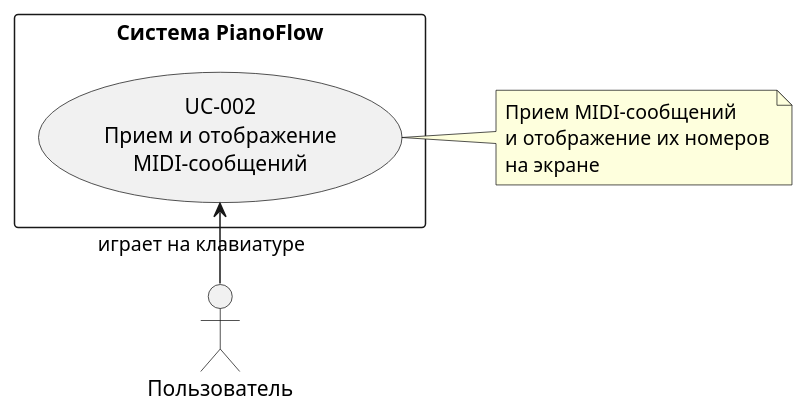
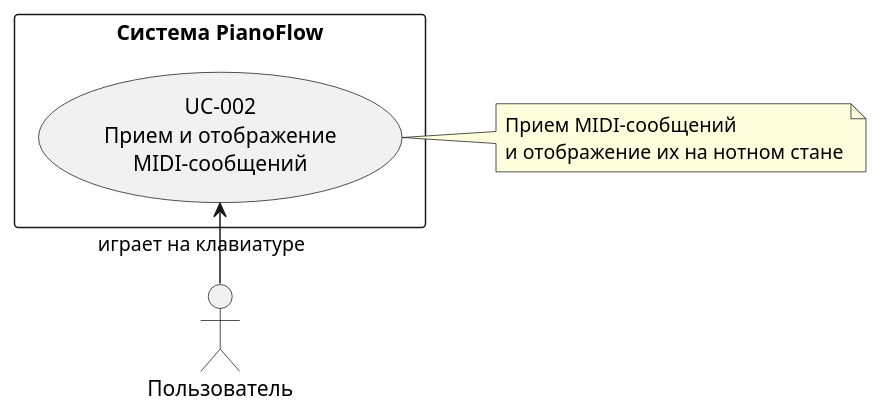
One commit to astrizhachuk/PianoFlow changed the first of 2 diagrams in docs/uc/MIDI_MESSAGE_PROCESSING.md. Above: the diagram before and after it, drawn with PlantUML. The commit also changed other lines of this file, not shown here.

````diff
--- a/docs/uc/MIDI_MESSAGE_PROCESSING.md
+++ b/docs/uc/MIDI_MESSAGE_PROCESSING.md
@@ -20,18 +19,17 @@
 ```plantuml
 @startuml
 left to right direction
 actor Пользователь as User
 rectangle "Система PianoFlow" {
   usecase UC2 as "UC-002\nПрием и отображение\nMIDI-сообщений"
 }
 
 User -> UC2 : играет на клавиатуре
 
 note right of UC2
   Прием MIDI-сообщений
-  и отображение их номеров
-  на экране
+  и отображение их на нотном стане
 end note
 
 @enduml
 ```
````
